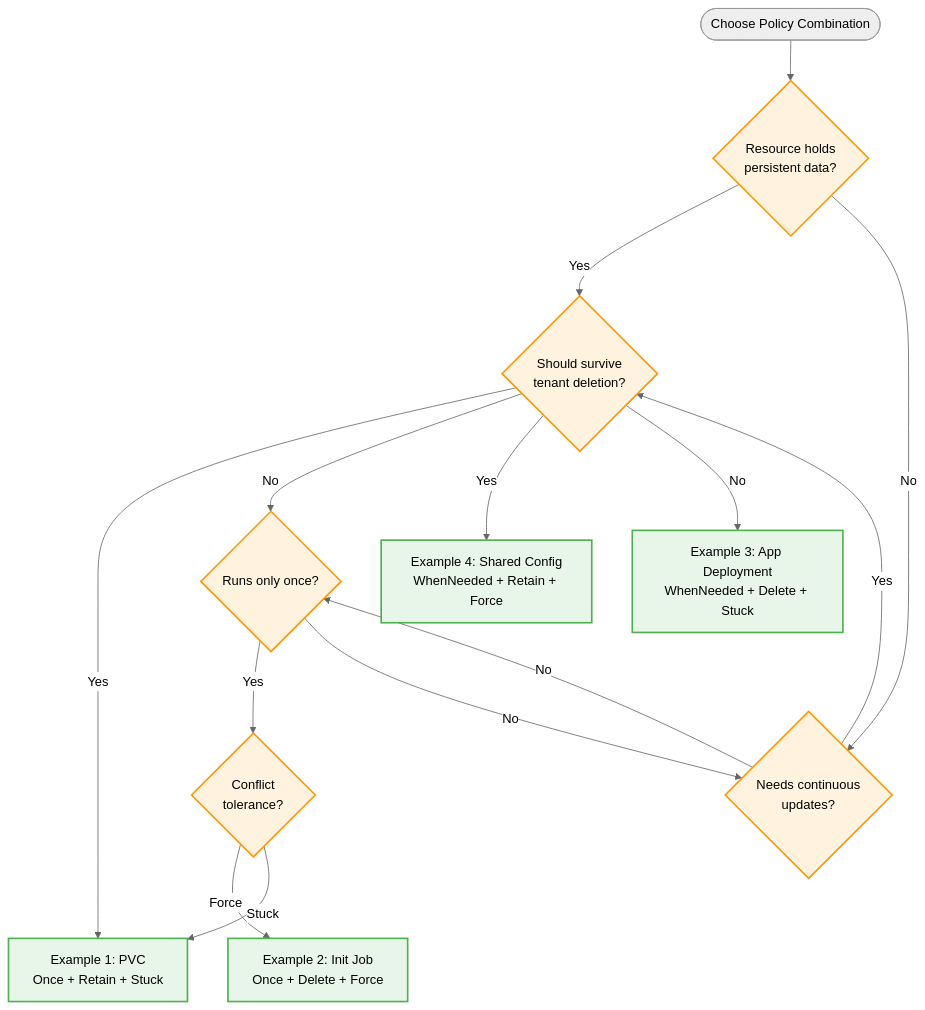
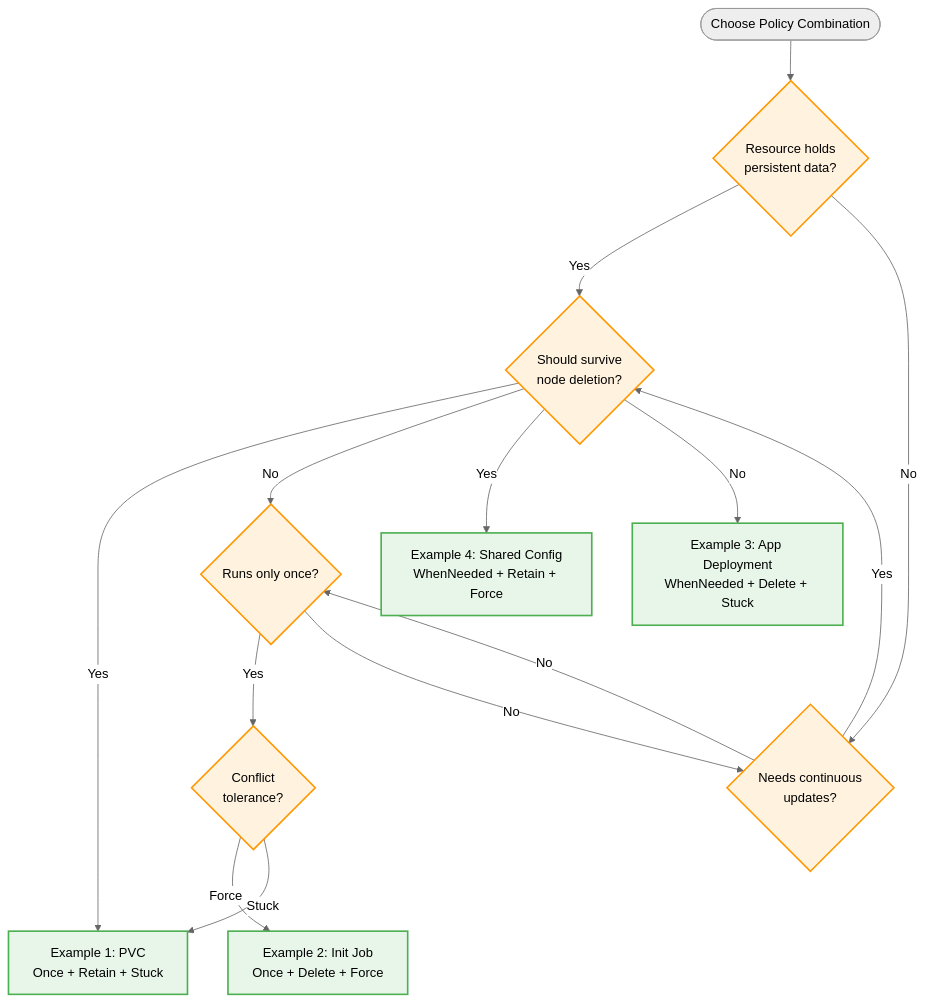
The seventh of 7 diagrams in docs/policies-examples.md (kubernetes-tenants/tenant-operator), drawn with Mermaid (neutral theme) before and after one commit. The commit also changed other lines of this file and 203 other files, not shown here.

````diff
--- a/docs/policies-examples.md
+++ b/docs/policies-examples.md
@@ -526,39 +526,39 @@
 ```mermaid
 flowchart TD
     Start([Choose Policy Combination])
     Q1{Resource holds<br/>persistent data?}
     Q2{Needs continuous<br/>updates?}
     Q3{Runs only once?}
-    Q4{Should survive<br/>tenant deletion?}
+    Q4{Should survive<br/>node deletion?}
     Q5{Conflict<br/>tolerance?}
 
     Result1[Example 1: PVC<br/>Once + Retain + Stuck]
     Result2[Example 2: Init Job<br/>Once + Delete + Force]
     Result3[Example 3: App Deployment<br/>WhenNeeded + Delete + Stuck]
     Result4[Example 4: Shared Config<br/>WhenNeeded + Retain + Force]
 
     Start --> Q1
     Q1 -->|Yes| Q4
     Q1 -->|No| Q2
 
     Q4 -->|Yes| Result1
     Q4 -->|No| Q3
 
     Q3 -->|Yes| Q5
     Q3 -->|No| Q2
 
     Q5 -->|Force| Result2
     Q5 -->|Stuck| Result1
 
     Q2 -->|Yes| Q4
     Q2 -->|No| Q3
 
     Q4 -->|Yes| Result4
     Q4 -->|No| Result3
 
     classDef decisionStyle fill:#fff3e0,stroke:#ff9800,stroke-width:2px;
     classDef resultStyle fill:#e8f5e9,stroke:#4caf50,stroke-width:2px;
 
     class Q1,Q2,Q3,Q4,Q5 decisionStyle;
     class Result1,Result2,Result3,Result4 resultStyle;
 ```
````
